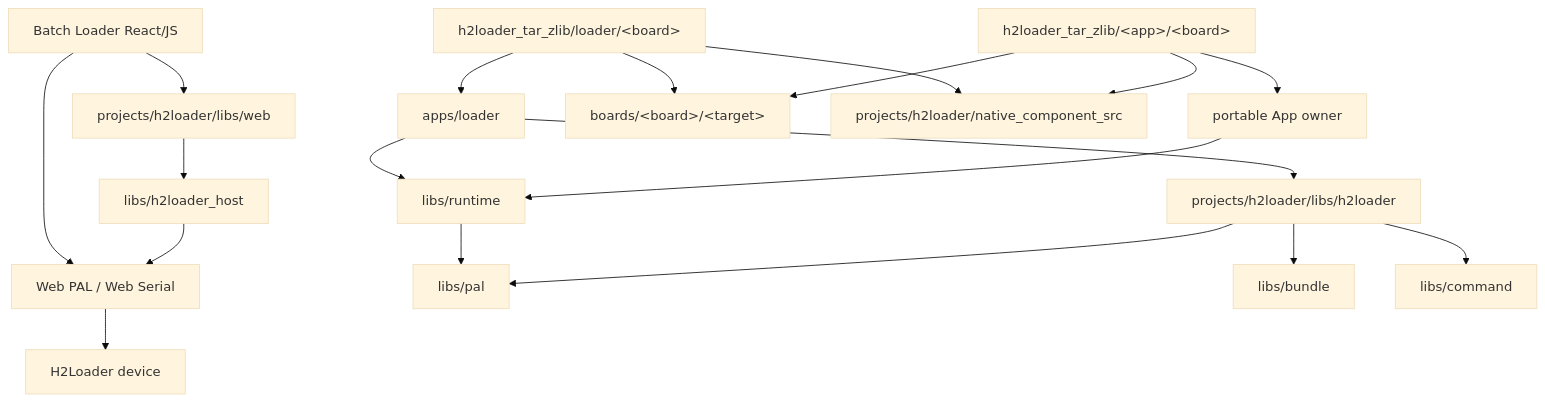
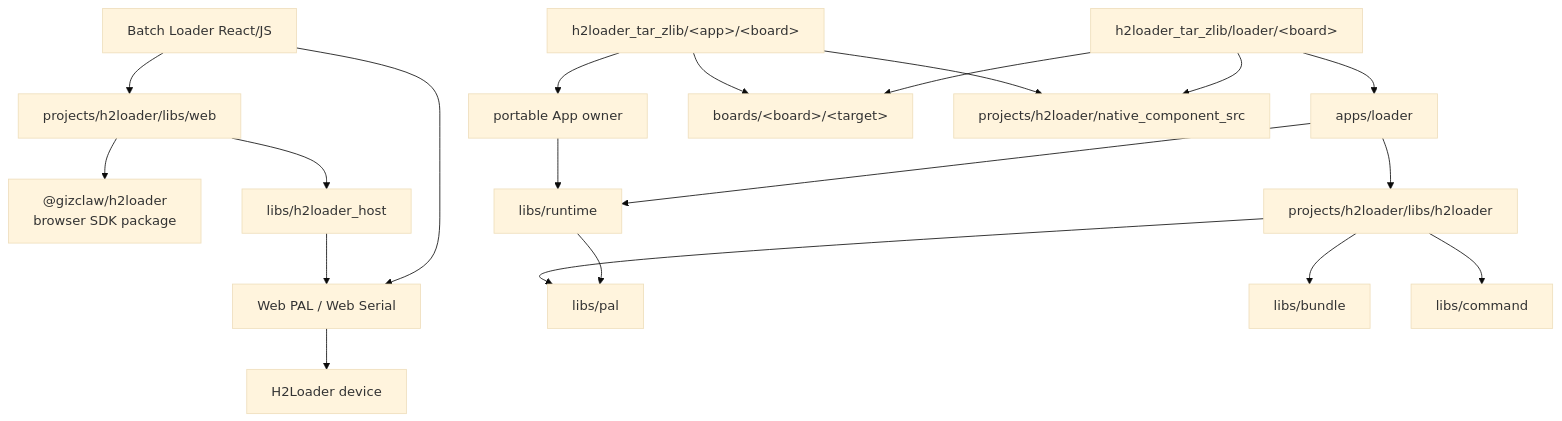
The second of 2 diagrams in guides/apps/h2loader/index.md (GizClaw/gizos), drawn with Mermaid (base theme) before and after one commit. The commit also changed other lines of this file, not shown here.

First line of the commit message:
h2loader/docs: define the public npm SDK boundary

````diff
--- a/guides/apps/h2loader/index.md
+++ b/guides/apps/h2loader/index.md
@@ -102,21 +103,22 @@
 ```mermaid
 flowchart TD
     Batch["Batch Loader React/JS"] --> WebSDK["projects/h2loader/libs/web"]
+    WebSDK --> NpmSDK["@gizclaw/h2loader<br/>browser SDK package"]
     WebSDK --> HostCore["libs/h2loader_host"]
     Batch --> WebPAL["Web PAL / Web Serial"]
     WebPAL --> Loader["H2Loader device"]
     HostCore --> WebPAL
     H2Main["h2loader_tar_zlib/loader/&lt;board&gt;"] --> LoaderApp["apps/loader"]
     AppMain["h2loader_tar_zlib/&lt;app&gt;/&lt;board&gt;"] --> PortableApp["portable App owner"]
     H2Main --> BSP["boards/&lt;board&gt;/&lt;target&gt;"]
     AppMain --> BSP
     H2Main --> ProjectComponents["projects/h2loader/native_component_src"]
     AppMain --> ProjectComponents
     LoaderApp --> Runtime["libs/runtime"]
     PortableApp --> Runtime
     LoaderApp --> Common["projects/h2loader/libs/h2loader"]
     Runtime --> PAL["libs/pal"]
     Common --> PAL
     Common --> Bundle["libs/bundle"]
     Common --> Command["libs/command"]
 ```
````
